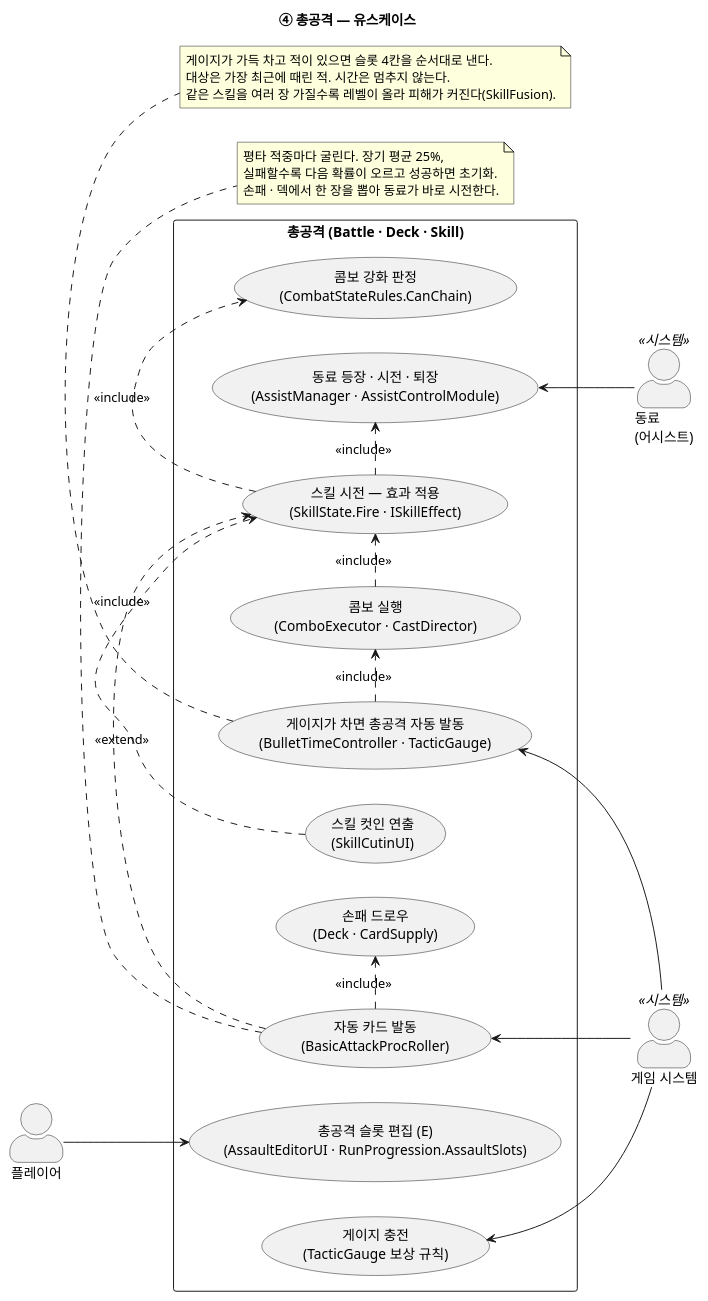
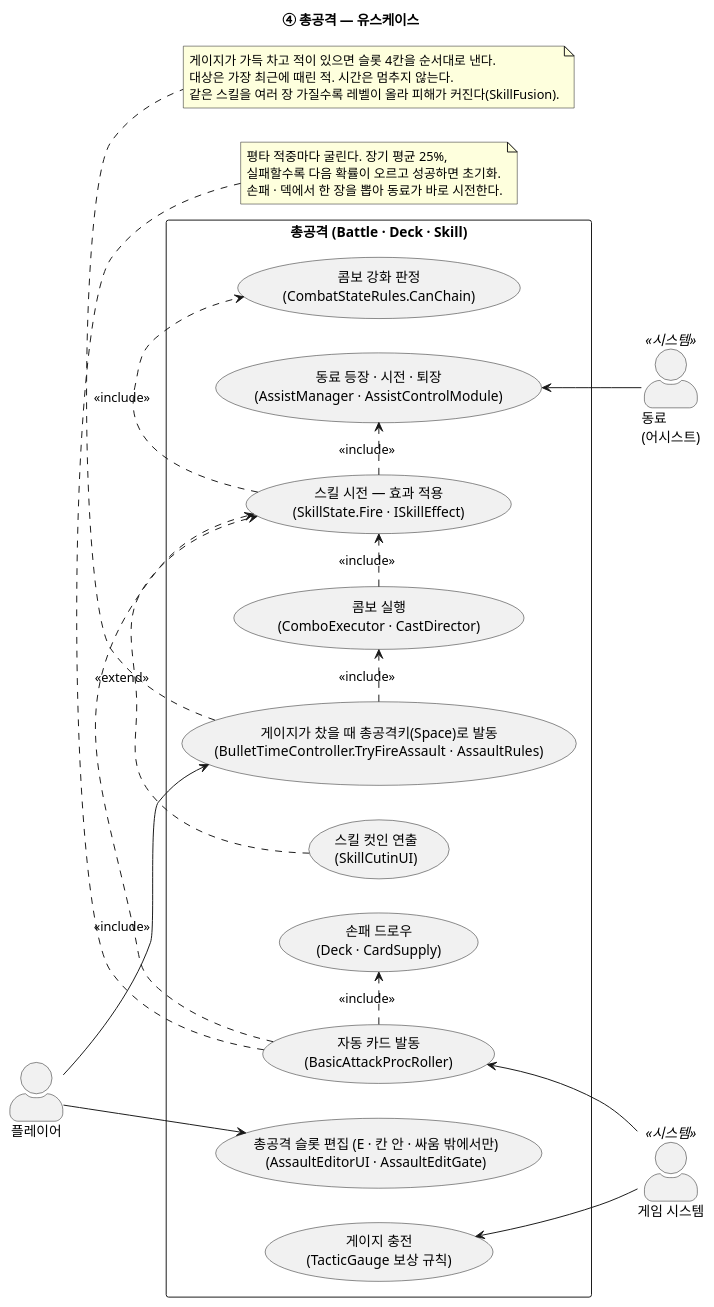
The diagram in docs/uml/usecase-04-Tactic.puml (jukanmi/Prototype), drawn with PlantUML before and after one commit. The commit also changed 103 other files, not shown here.

```diff
--- a/docs/uml/usecase-04-Tactic.puml
+++ b/docs/uml/usecase-04-Tactic.puml
@@ -1,53 +1,53 @@
 @startuml usecase-04-Tactic
-' ④ 총공격 — 슬롯 편집 · 자동 발동 · 실행 · 어시스트
+' ④ 총공격 — 슬롯 편집 · 키로 발동 · 실행 · 어시스트
 title ④ 총공격 — 유스케이스
 
 left to right direction
 skinparam shadowing false
 skinparam actorStyle awesome
 
 actor "플레이어" as Player
 actor "동료\n(어시스트)" as Ally <<시스템>>
 actor "게임 시스템" as GameSys <<시스템>>
 
 rectangle "총공격 (Battle · Deck · Skill)" {
-  usecase "총공격 슬롯 편집 (E)\n(AssaultEditorUI · RunProgression.AssaultSlots)" as UC_Edit
-  usecase "게이지가 차면 총공격 자동 발동\n(BulletTimeController · TacticGauge)" as UC_Assault
+  usecase "총공격 슬롯 편집 (E · 칸 안 · 싸움 밖에서만)\n(AssaultEditorUI · AssaultEditGate)" as UC_Edit
+  usecase "게이지가 찼을 때 총공격키(Space)로 발동\n(BulletTimeController.TryFireAssault · AssaultRules)" as UC_Assault
   usecase "콤보 실행\n(ComboExecutor · CastDirector)" as UC_Exec
   usecase "손패 드로우\n(Deck · CardSupply)" as UC_Draw
   usecase "동료 등장 · 시전 · 퇴장\n(AssistManager · AssistControlModule)" as UC_Assist
   usecase "스킬 시전 — 효과 적용\n(SkillState.Fire · ISkillEffect)" as UC_Cast
   usecase "스킬 컷인 연출\n(SkillCutinUI)" as UC_Cutin
   usecase "콤보 강화 판정\n(CombatStateRules.CanChain)" as UC_Chain
   usecase "자동 카드 발동\n(BasicAttackProcRoller)" as UC_Proc
   usecase "게이지 충전\n(TacticGauge 보상 규칙)" as UC_Gauge
 }
 
 Player --> UC_Edit
 
-UC_Assault <-- GameSys
+Player --> UC_Assault
 UC_Assault .> UC_Exec : <<include>>
 UC_Exec .> UC_Cast : <<include>>
 UC_Cast .> UC_Chain : <<include>>
 UC_Cutin .> UC_Cast : <<extend>>
 
 UC_Assist <-- Ally
 UC_Cast .> UC_Assist : <<include>>
 
 UC_Proc <-- GameSys
 UC_Gauge <-- GameSys
 UC_Proc .> UC_Draw : <<include>>
 UC_Proc .> UC_Cast : <<include>>
 
 note bottom of UC_Proc
   평타 적중마다 굴린다. 장기 평균 25%,
   실패할수록 다음 확률이 오르고 성공하면 초기화.
   손패 · 덱에서 한 장을 뽑아 동료가 바로 시전한다.
 end note
 
 note bottom of UC_Assault
   게이지가 가득 차고 적이 있으면 슬롯 4칸을 순서대로 낸다.
   대상은 가장 최근에 때린 적. 시간은 멈추지 않는다.
   같은 스킬을 여러 장 가질수록 레벨이 올라 피해가 커진다(SkillFusion).
 end note
 @enduml
```
